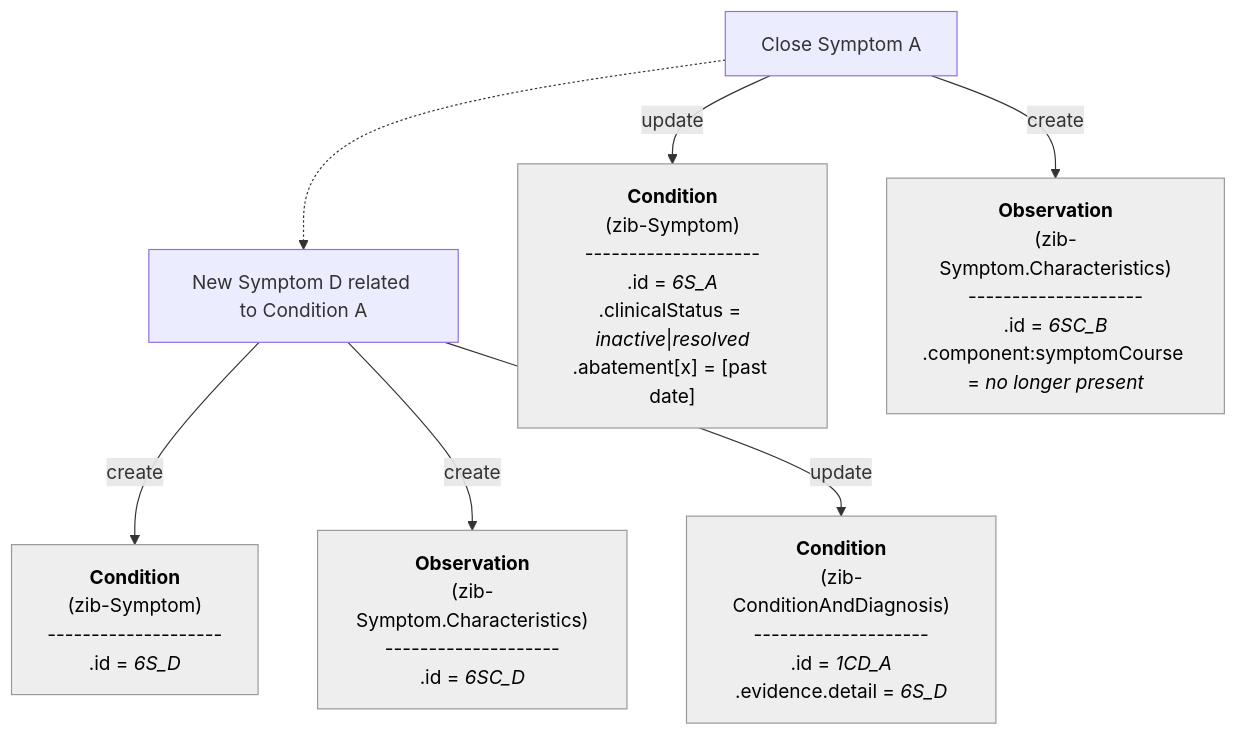
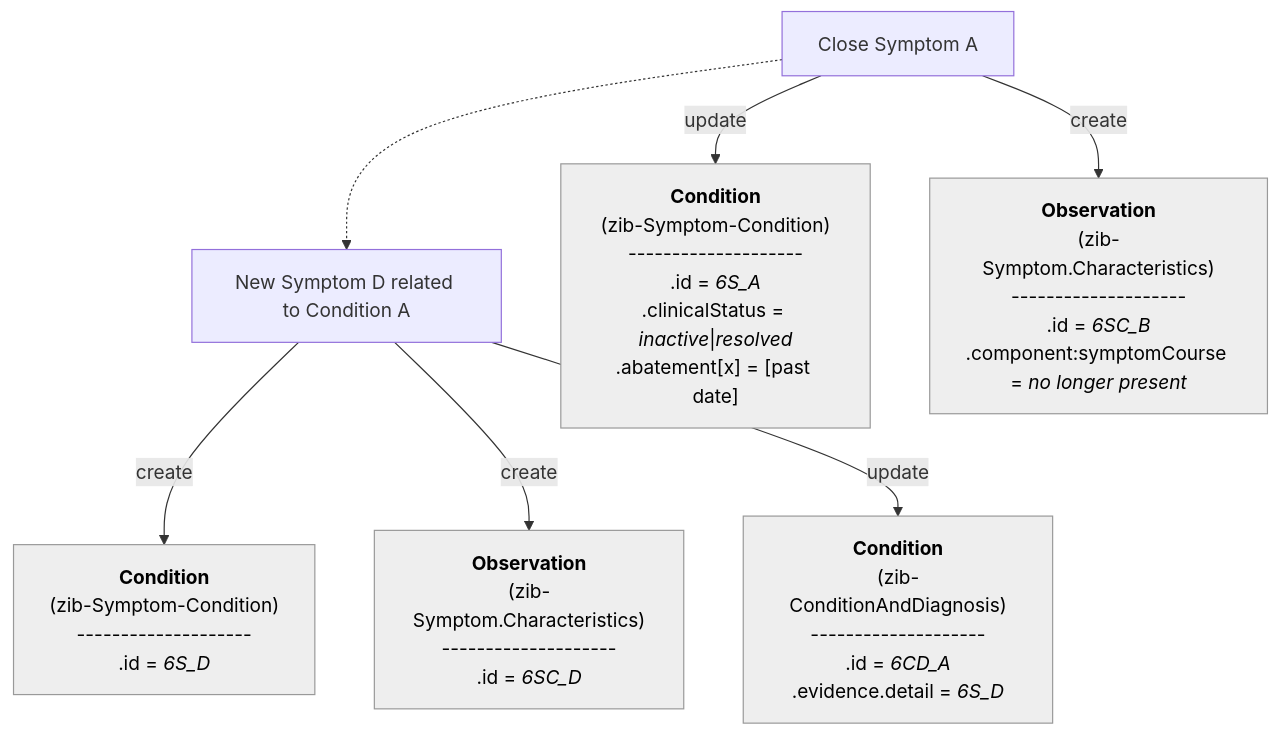
Diagram 14 of 27 in documentation/Condition-Diagnosis-Symptom.md (Nictiz/Nictiz-R4-zib2024), drawn with Mermaid before and after one commit. The commit also changed other lines of this file, not shown here.

Commit message:
Added changes regarding symptom as an Observation

````diff
--- a/documentation/Condition-Diagnosis-Symptom.md
+++ b/documentation/Condition-Diagnosis-Symptom.md
@@ -424,50 +576,50 @@
 ```mermaid
 flowchart TB
 
 CloseSymptom_A["`Close Symptom A`"]
 NewSymptom_D["`New Symptom D related to Condition A`"]
 
 CloseSymptom_A -.-> NewSymptom_D
 
     S_A["`**Condition**
-        (zib-Symptom)
+        (zib-Symptom-Condition)
         --------------------
         .id = _6S_A_
         .clinicalStatus = _inactive_|_resolved_
         .abatement[x] = [past date]`"]    
 
     SC_B["`**Observation**
         (zib-Symptom.Characteristics)
         --------------------
         .id = _6SC_B_
         .component:symptomCourse = _no longer present_
         `"]        
 
     CD_A["`**Condition**
         (zib-ConditionAndDiagnosis)
         --------------------
-        .id = _1CD_A_
+        .id = _6CD_A_
         .evidence.detail = _6S_D_`"] 
 
     S_D["`**Condition**
-        (zib-Symptom)
+        (zib-Symptom-Condition)
         --------------------
         .id = _6S_D_`"]
     SC_D["`**Observation**
         (zib-Symptom.Characteristics)
         --------------------
         .id = _6SC_D_`"]    
 
     S_A:::Ash
     SC_B:::Ash
     CD_A:::Ash
     S_D:::Ash
     SC_D:::Ash
     classDef Ash stroke-width:1px, stroke-dasharray:none, stroke:#999999, fill:#EEEEEE, color:#000000
 
 CloseSymptom_A -- update --> S_A
 CloseSymptom_A -- create --> SC_B
 NewSymptom_D -- create --> S_D
 NewSymptom_D -- create --> SC_D
 NewSymptom_D -- update --> CD_A
 ```
````
